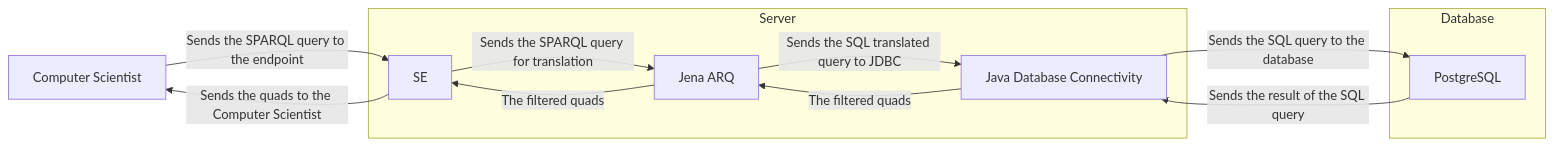
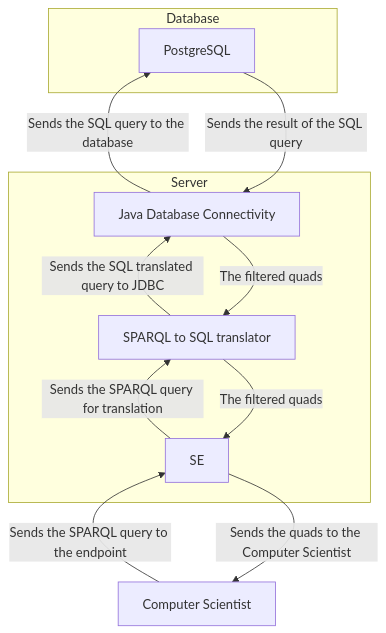
Before and after one commit to VCityTeam/ConVer-G: the third of 5 diagrams in Readme.md, drawn with Mermaid. The commit also changed other lines of this file and 268 other files, not shown here.

````diff
--- a/Readme.md
+++ b/Readme.md
@@ -73,16 +231,16 @@
 ```mermaid
-flowchart LR
-    CS[Computer Scientist] --> |Sends the SPARQL query to the endpoint| SE
-    SE --> |Sends the quads to the Computer Scientist| CS 
+flowchart BT
+    CS[Computer Scientist] -->|Sends the SPARQL query to the endpoint| SE
+    SE -->|Sends the quads to the Computer Scientist| CS
     subgraph Server
-        SE --> |Sends the SPARQL query for translation| ARQ[Jena ARQ]
-        ARQ --> |Sends the SQL translated query to JDBC| JDBC[Java Database Connectivity]
-        JDBC --> |The filtered quads| ARQ
-        ARQ --> |The filtered quads| SE
-        
+        SE -->|Sends the SPARQL query for translation| ARQ[SPARQL to SQL translator]
+        ARQ -->|Sends the SQL translated query to JDBC| JDBC[Java Database Connectivity]
+        JDBC -->|The filtered quads| ARQ
+        ARQ -->|The filtered quads| SE
+
     end
     subgraph Database
-        JDBC --> |Sends the SQL query to the database| DB[PostgreSQL]
-        DB --> |Sends the result of the SQL query| JDBC
+        JDBC -->|Sends the SQL query to the database| DB[PostgreSQL]
+        DB -->|Sends the result of the SQL query| JDBC
     end
 ```
````
